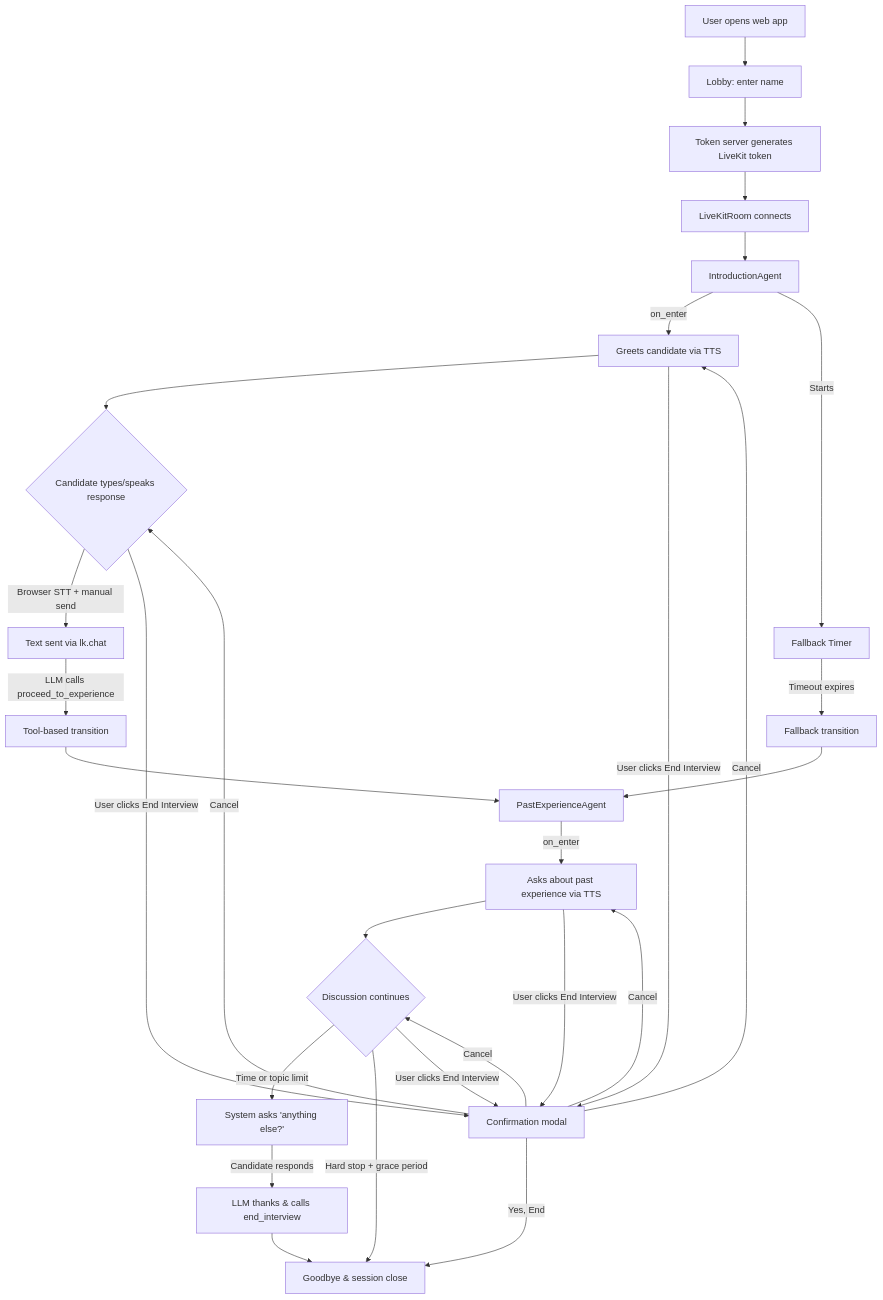
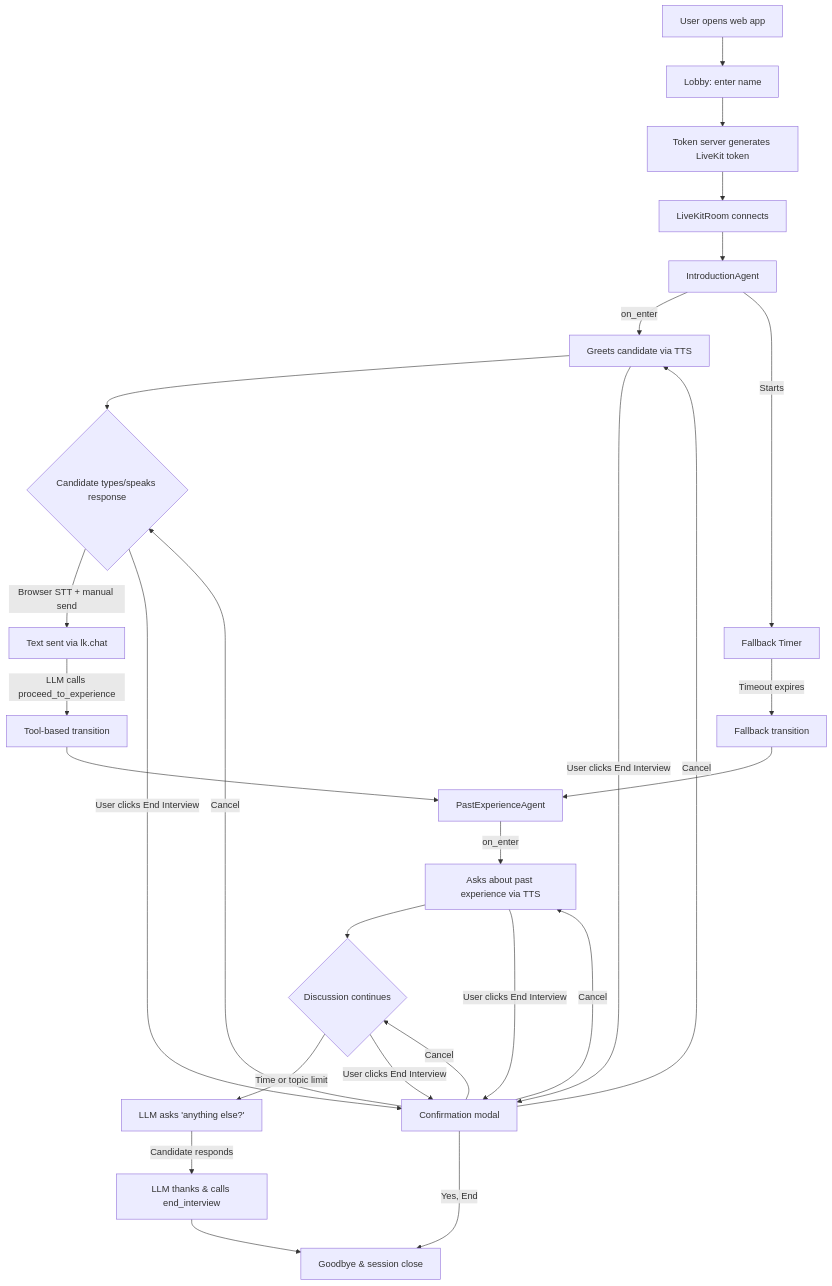
One commit to anhtranst/moc_interview_demo changed the first of 3 diagrams in README.md. Above: the diagram before and after it, drawn with Mermaid. The commit also changed other lines of this file and 6 other files, not shown here.

First line of the commit message:
Simplify PastExperienceAgent: remove all overrides, let LLM drive the flow

````diff
--- a/README.md
+++ b/README.md
@@ -24,31 +24,30 @@
 ```mermaid
 flowchart TD
     A[User opens web app] --> B[Lobby: enter name]
     B --> C[Token server generates LiveKit token]
     C --> D[LiveKitRoom connects]
     D --> E[IntroductionAgent]
     E -->|on_enter| F[Greets candidate via TTS]
     E -->|Starts| G[Fallback Timer]
     F --> H{Candidate types/speaks response}
     H -->|Browser STT + manual send| I[Text sent via lk.chat]
     I -->|LLM calls proceed_to_experience| J[Tool-based transition]
     G -->|Timeout expires| K[Fallback transition]
     J --> L[PastExperienceAgent]
     K --> L
     L -->|on_enter| M[Asks about past experience via TTS]
     M --> N{Discussion continues}
-    N -->|Time or topic limit| Q[System asks 'anything else?']
+    N -->|Time or topic limit| Q[LLM asks 'anything else?']
     Q -->|Candidate responds| R[LLM thanks & calls end_interview]
     R --> O[Goodbye & session close]
-    N -->|Hard stop + grace period| O
 
     F -->|User clicks End Interview| P[Confirmation modal]
     H -->|User clicks End Interview| P
     M -->|User clicks End Interview| P
     N -->|User clicks End Interview| P
     P -->|Cancel| F
     P -->|Cancel| H
     P -->|Cancel| M
     P -->|Cancel| N
     P -->|Yes, End| O
 ```
````
